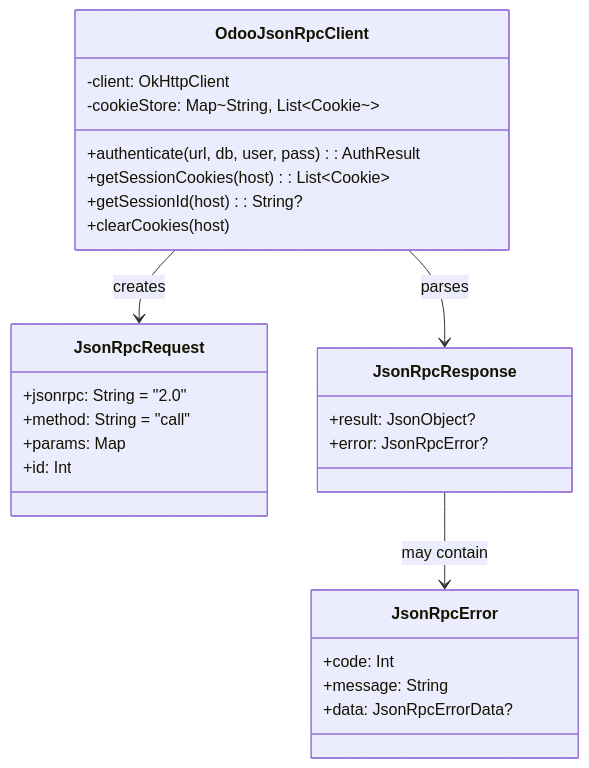
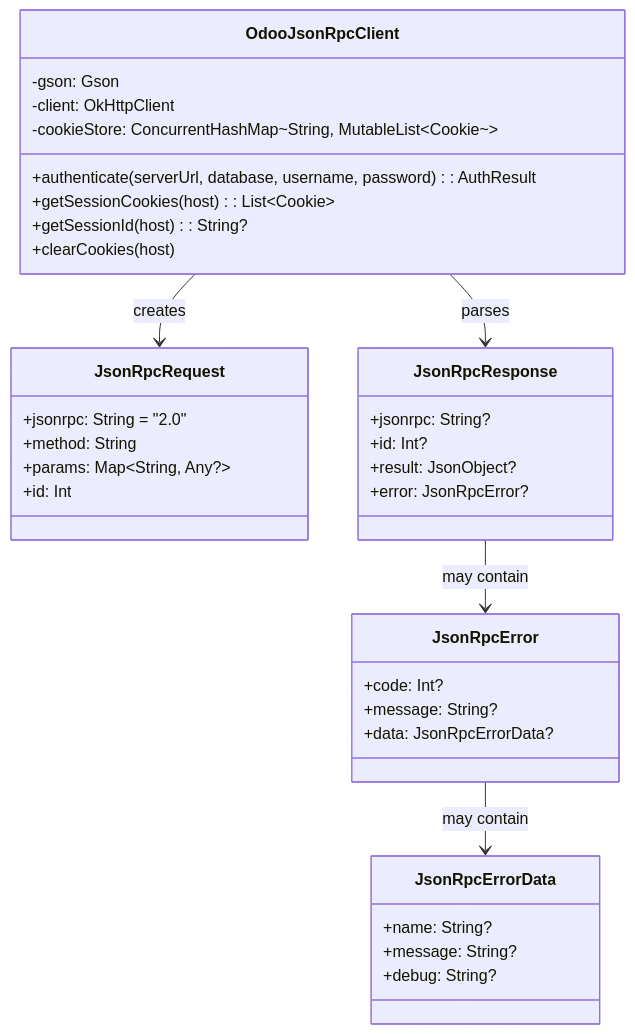
Diagram 11 of 22 in docs/architecture-overview.md (WOOWTECH/Woow_odoo_app), drawn with Mermaid before and after one commit. The commit also changed other lines of this file, not shown here.

First line of the commit message:
docs(arch): merge v1.4.1 architecture rewrite with audited legacy sections

````diff
--- a/docs/architecture-overview.md
+++ b/docs/architecture-overview.md
@@ -500,33 +602,43 @@
 ```mermaid
 classDiagram
     class OdooJsonRpcClient {
+        -gson: Gson
         -client: OkHttpClient
-        -cookieStore: Map~String, List~Cookie~~
-        +authenticate(url, db, user, pass): AuthResult
+        -cookieStore: ConcurrentHashMap~String, MutableList~Cookie~~
+        +authenticate(serverUrl, database, username, password): AuthResult
         +getSessionCookies(host): List~Cookie~
         +getSessionId(host): String?
         +clearCookies(host)
     }
 
     class JsonRpcRequest {
         +jsonrpc: String = "2.0"
-        +method: String = "call"
-        +params: Map
+        +method: String
+        +params: Map~String, Any?~
         +id: Int
     }
 
     class JsonRpcResponse {
+        +jsonrpc: String?
+        +id: Int?
         +result: JsonObject?
         +error: JsonRpcError?
     }
 
     class JsonRpcError {
-        +code: Int
-        +message: String
+        +code: Int?
+        +message: String?
         +data: JsonRpcErrorData?
+    }
+
+    class JsonRpcErrorData {
+        +name: String?
+        +message: String?
+        +debug: String?
     }
 
     OdooJsonRpcClient --> JsonRpcRequest : creates
     OdooJsonRpcClient --> JsonRpcResponse : parses
     JsonRpcResponse --> JsonRpcError : may contain
+    JsonRpcError --> JsonRpcErrorData : may contain
 ```
````
